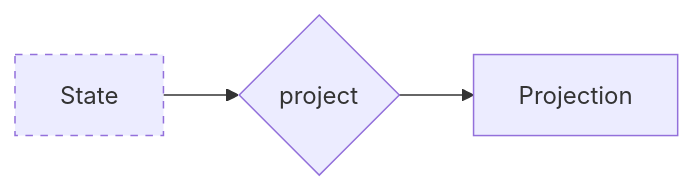
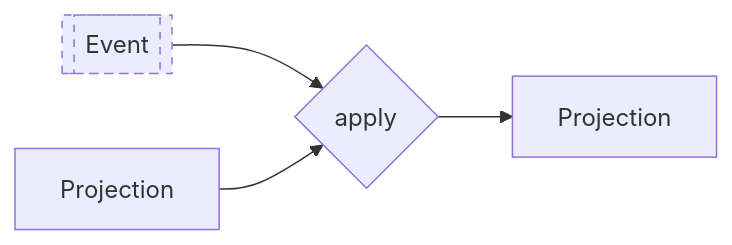
Before and after one commit to forgen-org/website: the diagram in pages/en/learn/application/projections.mdx, drawn with Mermaid. The commit also changed 1 other file, not shown here.

Commit message:
Refactor projections and fix file name in states

````diff
--- a/pages/en/learn/application/projections.mdx
+++ b/pages/en/learn/application/projections.mdx
@@ -5,9 +5,14 @@
 ```mermaid
 graph LR;
-  State --> project
-  project --> Projection
+  Projection
+  NewProjection[Projection]
+  Event[[Event]]
+  Apply{apply}
 
-  project{project}
+  Event --> Apply
+  Projection --> Apply
+  Apply --> NewProjection
 
-  style State stroke-dasharray: 5 5
+
+  style Event stroke-dasharray: 5 5
 ```
````
